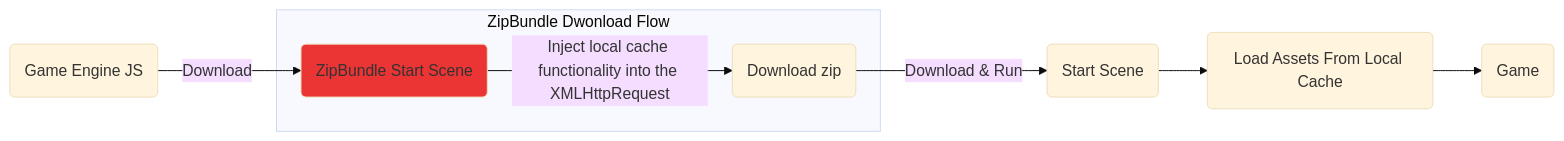
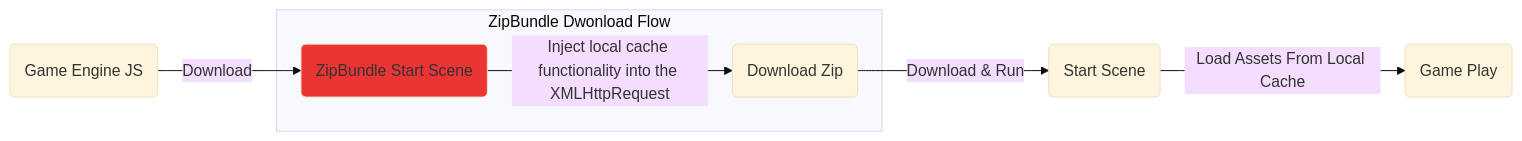
Before and after one commit to BricL/CC3.WebZipBundle: the second of 3 diagrams in README-CN.md, drawn with Mermaid (base theme). The commit also changed other lines of this file and 1 other file, not shown here.

Commit message:
Fix typos and improve flowchart clarity in README files for ZipBundle functionality

````diff
--- a/README-CN.md
+++ b/README-CN.md
@@ -47,11 +47,11 @@
 ```mermaid
 flowchart LR
    C(Game Engine JS) -->|Download| D(ZipBundle Start Scene)
    subgraph ZipBundle Dwonload Flow
-   D -->|Inject local cache functionality into the XMLHttpRequest| E(Download zip)
+   D -->|Inject local cache functionality into the XMLHttpRequest| E(Download Zip)
    end
    E -->|Download & Run| F(Start Scene)
-   F --> G(Load Assets From Local Cache)
-   G --> H(Game)
+   F -->|Load Assets From Local Cache| G(Game Play)
+
    style D fill:#eb3434
 ```
````
